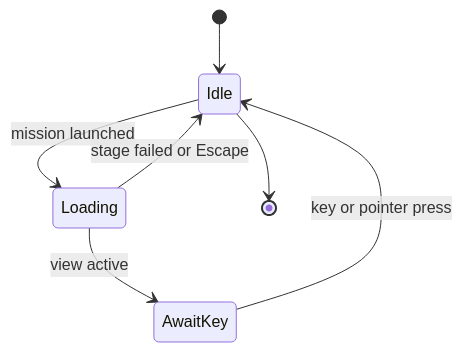
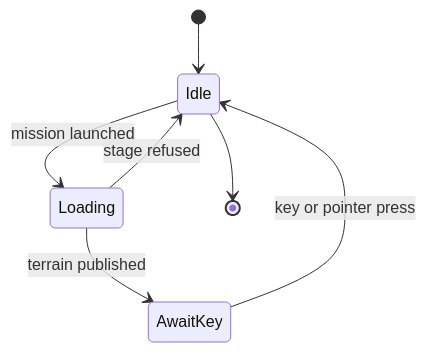
The diagram in docs/re-notes/campaign-loading-screen.md (maci0/peacecraft3), drawn with Mermaid before and after one commit. The commit also changed other lines of this file and 2 other files, not shown here.

First line of the commit message:
record why the loading screen drew black boxes and what audio does during the load

````diff
--- a/docs/re-notes/campaign-loading-screen.md
+++ b/docs/re-notes/campaign-loading-screen.md
@@ -196,9 +219,9 @@
 ```mermaid
 stateDiagram-v2
     [*] --> Idle
     Idle --> Loading: mission launched
-    Loading --> AwaitKey: view active
-    Loading --> Idle: stage failed or Escape
+    Loading --> AwaitKey: terrain published
+    Loading --> Idle: stage refused
     AwaitKey --> Idle: key or pointer press
     Idle --> [*]
 ```
````
